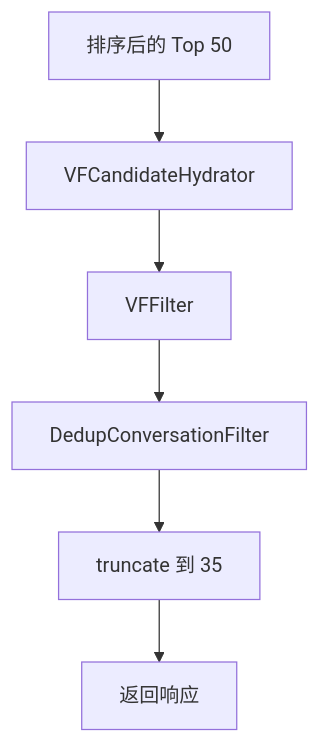
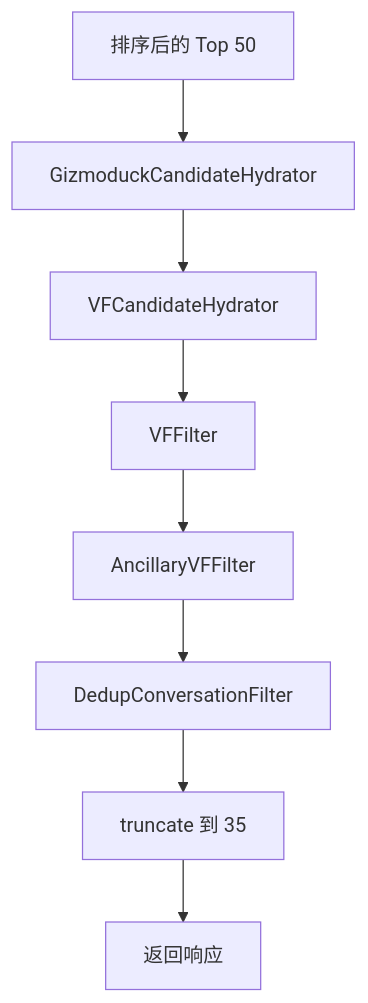
The fourth of 4 diagrams in docs/home-mixer/04-retrieval-filter-ranking.md (freefcw/x-algorithm), drawn with Mermaid before and after one commit. The commit also changed other lines of this file and 15 other files, not shown here.

````diff
--- a/docs/home-mixer/04-retrieval-filter-ranking.md
+++ b/docs/home-mixer/04-retrieval-filter-ranking.md
@@ -230,8 +231,10 @@
 ```mermaid
 flowchart TD
-    A["排序后的 Top 50"] --> B["VFCandidateHydrator"]
+    A["排序后的 Top 50"] --> G["GizmoduckCandidateHydrator"]
+    G --> B["VFCandidateHydrator"]
     B --> C["VFFilter"]
-    C --> D["DedupConversationFilter"]
+    C --> A2["AncillaryVFFilter"]
+    A2 --> D["DedupConversationFilter"]
     D --> E["truncate 到 35"]
     E --> F["返回响应"]
 ```
````
